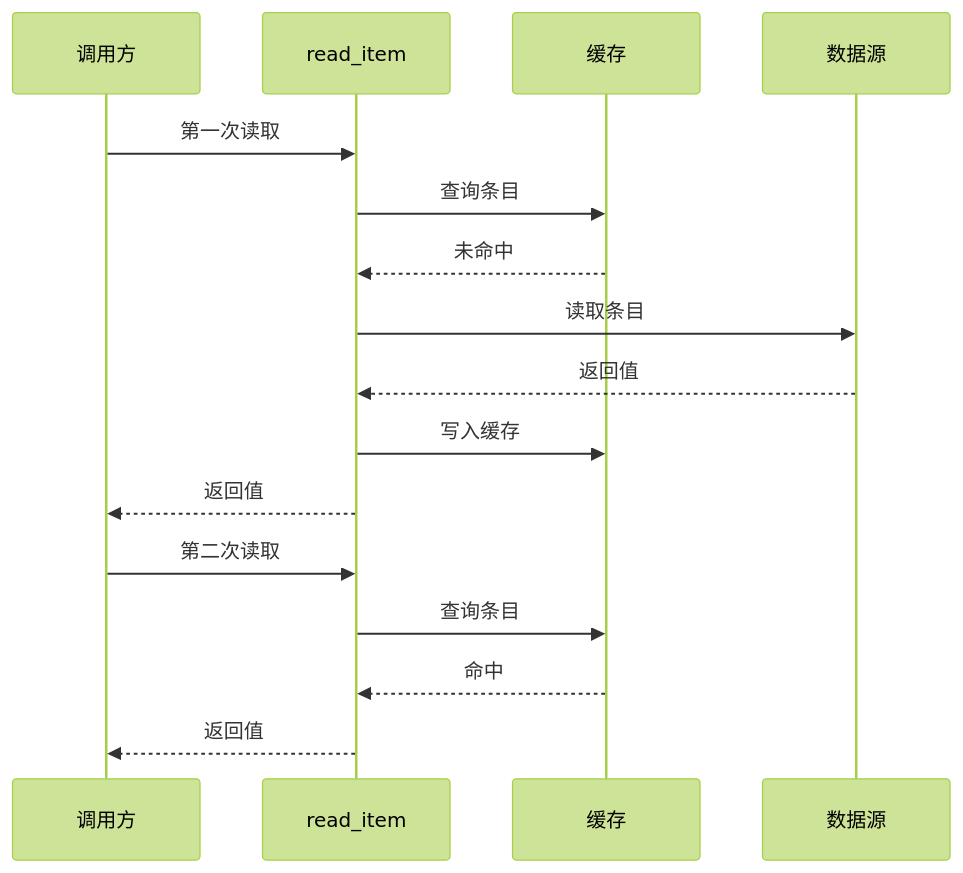
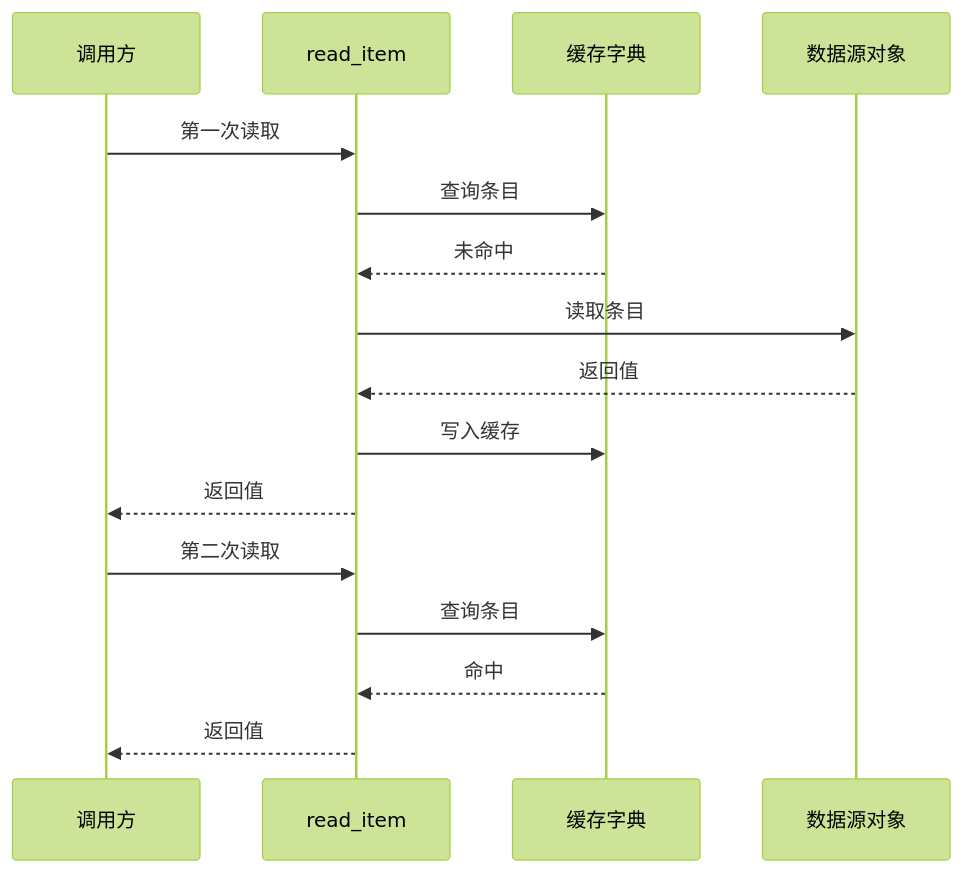
Before and after one commit to DolphinMiner/whywire: the diagram in README.zh-CN.md, drawn with Mermaid (forest theme). The commit also changed other lines of this file and 10 other files, not shown here.

Commit message:
Lead with scenario-based architecture walkthroughs

````diff
--- a/README.zh-CN.md
+++ b/README.zh-CN.md
@@ -45,18 +42,18 @@
 ```mermaid
 sequenceDiagram
     participant C as 调用方
     participant S as read_item
-    participant K as 缓存
-    participant O as 数据源
+    participant K as 缓存字典
+    participant O as 数据源对象
     C->>S: 第一次读取
     S->>K: 查询条目
     K-->>S: 未命中
     S->>O: 读取条目
     O-->>S: 返回值
     S->>K: 写入缓存
     S-->>C: 返回值
     C->>S: 第二次读取
     S->>K: 查询条目
     K-->>S: 命中
     S-->>C: 返回值
 ```
````
